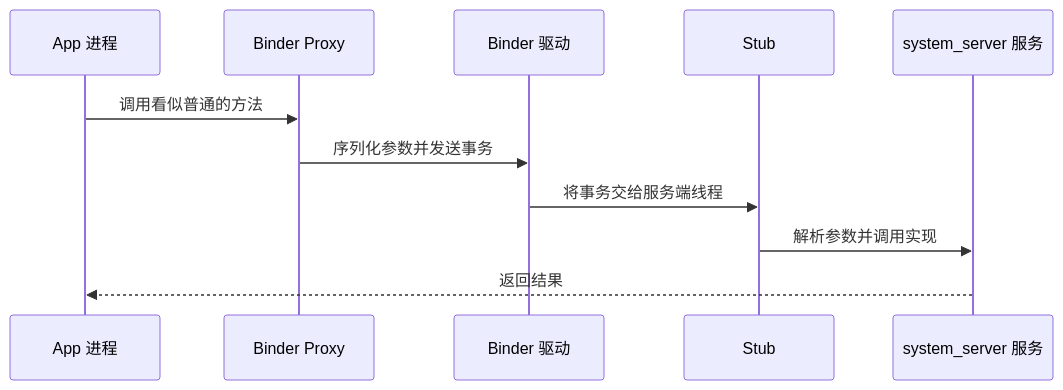
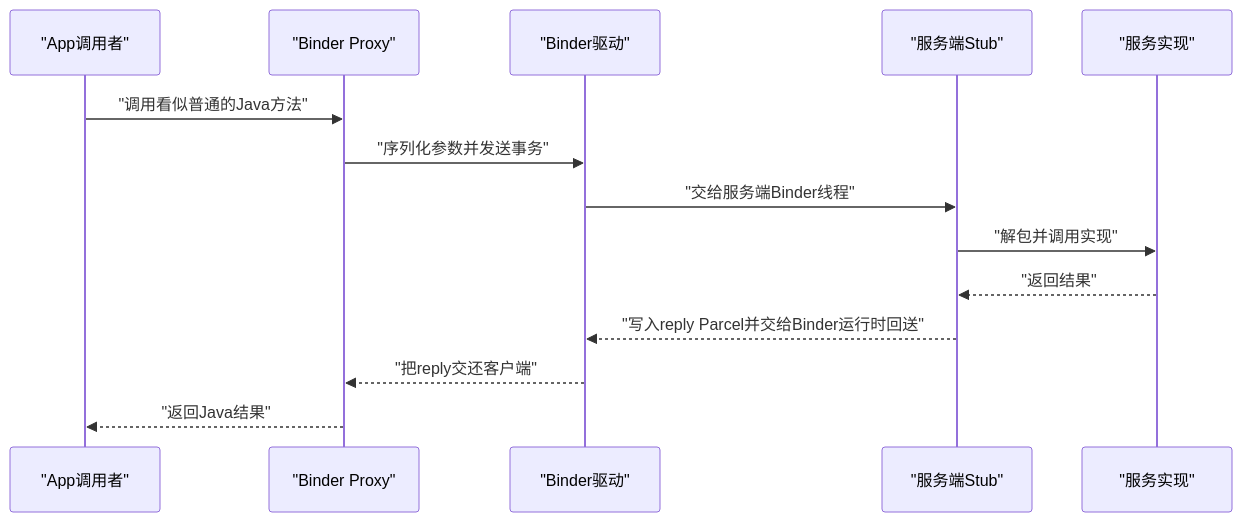
One commit to junyingzhao001/StudyNotes changed the third of 7 diagrams in Android源码学习/01-基础概念介绍.md. Above: the diagram before and after it, drawn with Mermaid. The commit also changed other lines of this file and 617 other files, not shown here.

````diff
--- a/Android源码学习/01-基础概念介绍.md
+++ b/Android源码学习/01-基础概念介绍.md
@@ -107,13 +151,16 @@
 ```mermaid
 sequenceDiagram
-    participant App as App 进程
-    participant Proxy as Binder Proxy
-    participant Driver as Binder 驱动
-    participant Stub as Stub
-    participant Service as system_server 服务
-    App->>Proxy: 调用看似普通的方法
-    Proxy->>Driver: 序列化参数并发送事务
-    Driver->>Stub: 将事务交给服务端线程
-    Stub->>Service: 解析参数并调用实现
-    Service-->>App: 返回结果
+    participant App as "App调用者"
+    participant Proxy as "Binder Proxy"
+    participant Driver as "Binder驱动"
+    participant Stub as "服务端Stub"
+    participant Service as "服务实现"
+    App->>Proxy: "调用看似普通的Java方法"
+    Proxy->>Driver: "序列化参数并发送事务"
+    Driver->>Stub: "交给服务端Binder线程"
+    Stub->>Service: "解包并调用实现"
+    Service-->>Stub: "返回结果"
+    Stub-->>Driver: "写入reply Parcel并交给Binder运行时回送"
+    Driver-->>Proxy: "把reply交还客户端"
+    Proxy-->>App: "返回Java结果"
 ```
````
